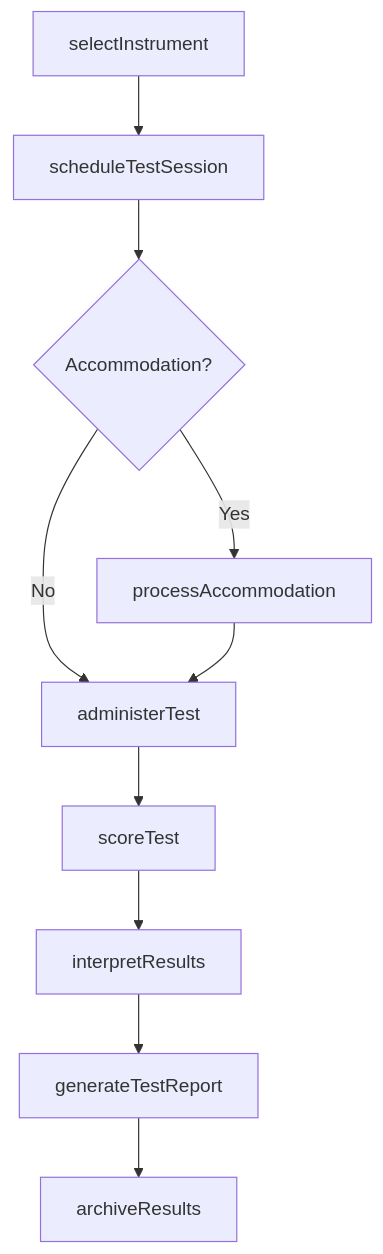
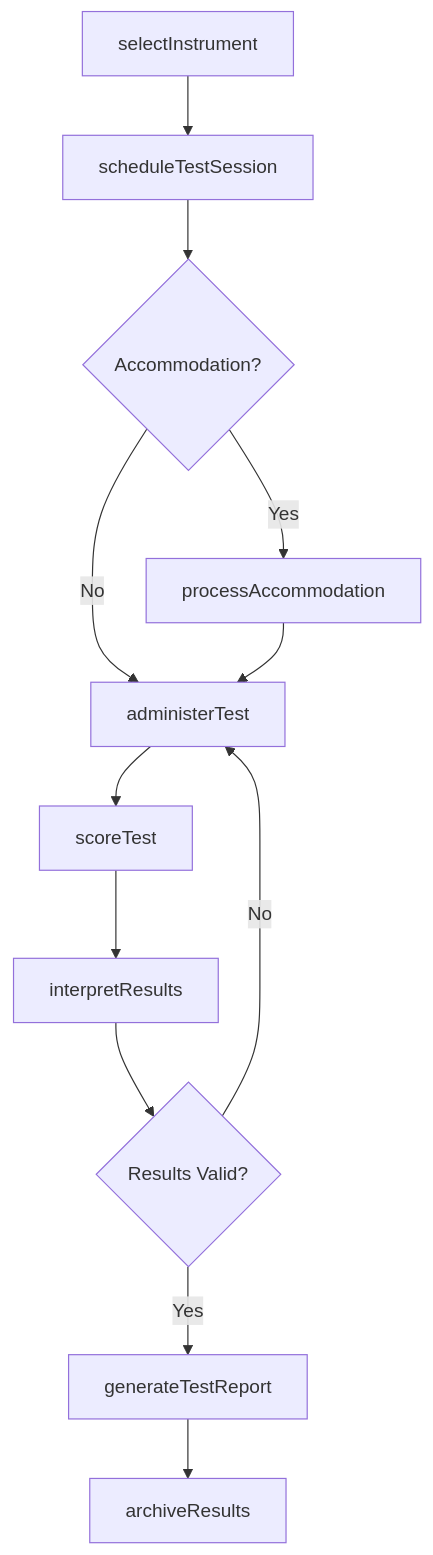
One commit to dot-org-ai/tasks.org.ai changed the third of 4 diagrams in StaffingOrganizationalUnits/PerformHumanResourcesActivities/AdministerStandardizedPhysicalPsychologicalTests.mdx. Above: the diagram before and after it, drawn with Mermaid. The commit also changed other lines of this file and 266 other files, not shown here.

First line of the commit message:
feat: Add ER diagrams, state diagrams to wave 2 batch (251 DWA files)

````diff
--- a/StaffingOrganizationalUnits/PerformHumanResourcesActivities/AdministerStandardizedPhysicalPsychologicalTests.mdx
+++ b/StaffingOrganizationalUnits/PerformHumanResourcesActivities/AdministerStandardizedPhysicalPsychologicalTests.mdx
@@ -91,12 +120,14 @@
 ```mermaid
 graph TD
     A[selectInstrument] --> B[scheduleTestSession]
     B --> C{Accommodation?}
     C -->|Yes| D[processAccommodation]
     C -->|No| E[administerTest]
     D --> E
     E --> F[scoreTest]
     F --> G[interpretResults]
-    G --> H[generateTestReport]
-    H --> I[archiveResults]
+    G --> H{Results Valid?}
+    H -->|No| E
+    H -->|Yes| I[generateTestReport]
+    I --> J[archiveResults]
 ```
````
